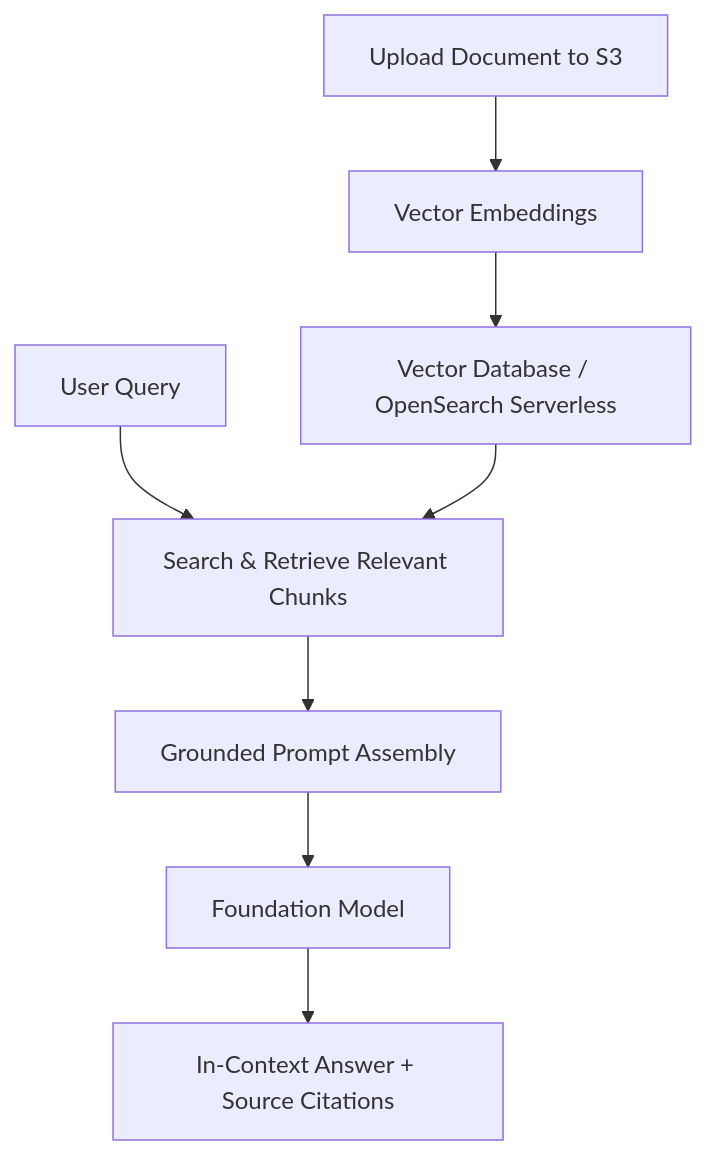
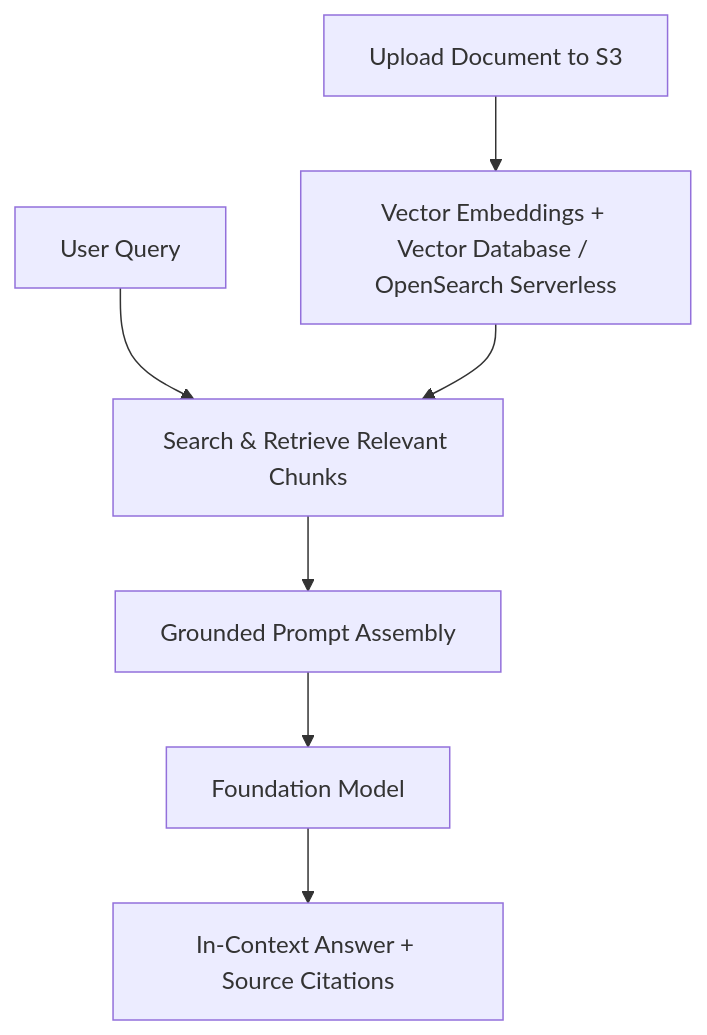
Before and after one commit to rensaputra/aws-docs: the diagram in docs/ai-practitioner/section-3-bedrock-generative-ai/rag-knowledge-base-hands-on.mdx, drawn with Mermaid. The commit also changed 9 other files, not shown here.

````diff
--- a/docs/ai-practitioner/section-3-bedrock-generative-ai/rag-knowledge-base-hands-on.mdx
+++ b/docs/ai-practitioner/section-3-bedrock-generative-ai/rag-knowledge-base-hands-on.mdx
@@ -13,11 +13,10 @@
 ```mermaid
 graph TD
-    Upload[Upload Document to S3] --> Embed[Vector Embeddings]
-    Embed --> DB[Vector Database / OpenSearch Serverless]
+    Upload[Upload Document to S3] --> Embed[Vector Embeddings + Vector Database / OpenSearch Serverless]
 
     Query[User Query] --> Search[Search & Retrieve Relevant Chunks]
-    DB --> Search
+    Embed --> Search
     Search --> Assembly[Grounded Prompt Assembly]
     Assembly --> FM[Foundation Model]
     FM --> Answer[In-Context Answer + Source Citations]
 ```
````
